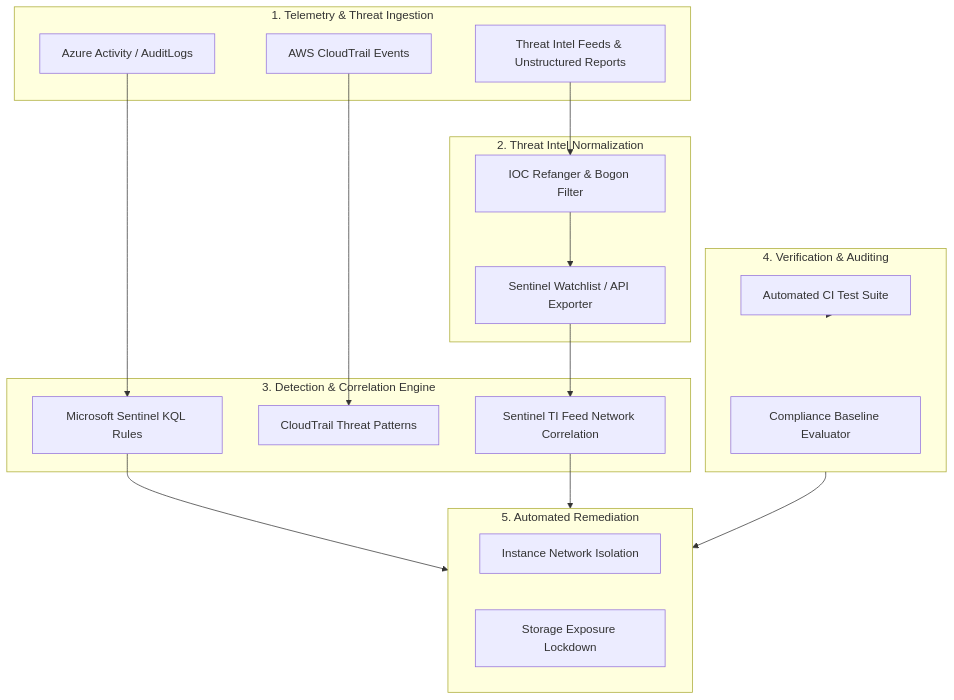
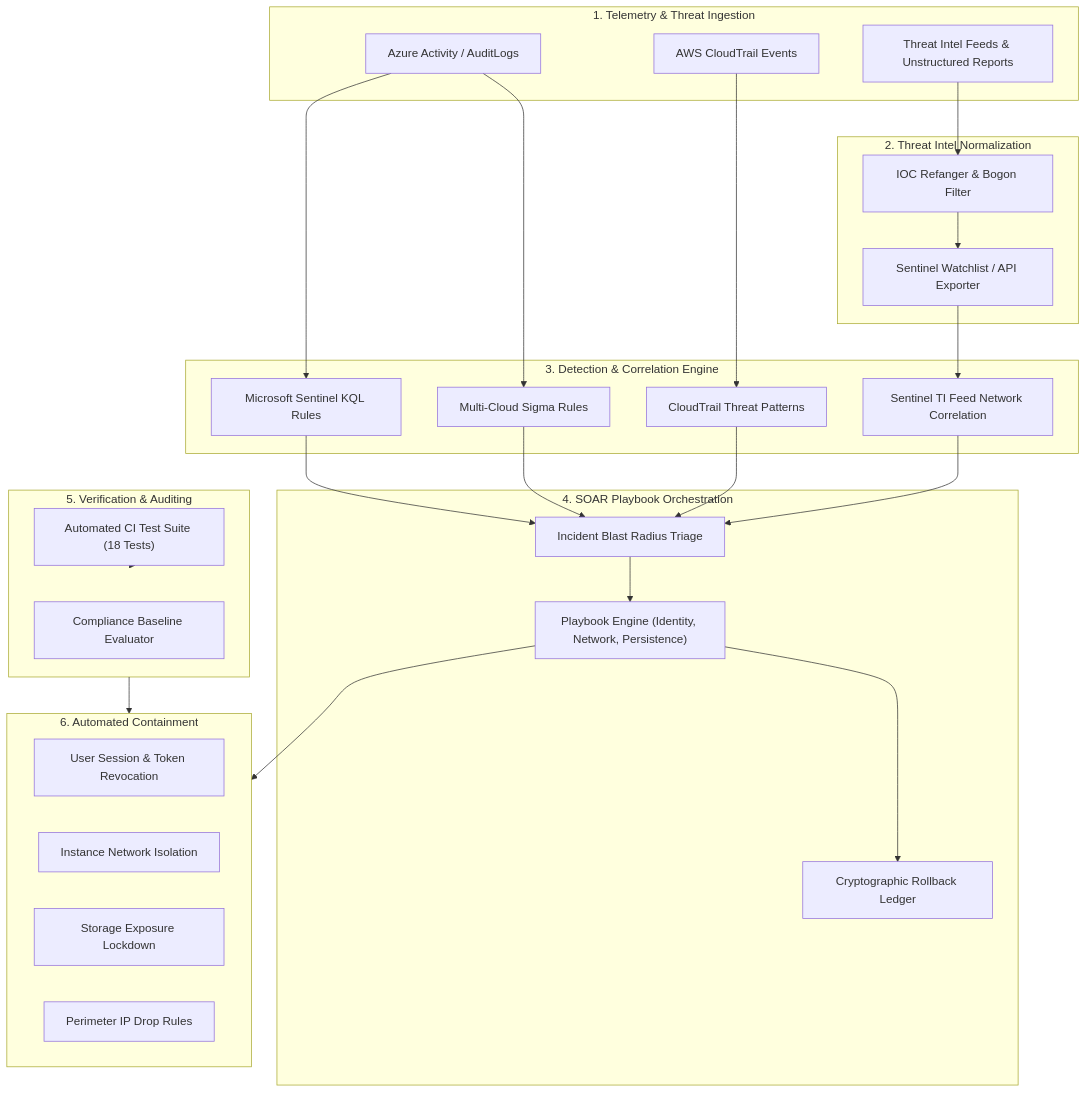
Before and after one commit to pulkitrais/cloud-security-sentinel-suite: the diagram in README.md, drawn with Mermaid. The commit also changed other lines of this file and 7 other files, not shown here.

First line of the commit message:
feat(soar): add automated incident response playbook engine, Entra ID persistence detection, and Sigma rules

````diff
--- a/README.md
+++ b/README.md
@@ -9,37 +9,51 @@
 ```mermaid
 flowchart TD
     subgraph Ingestion ["1. Telemetry & Threat Ingestion"]
         AZ_LOGS["Azure Activity / AuditLogs"]
         AWS_LOGS["AWS CloudTrail Events"]
         TI_FEEDS["Threat Intel Feeds & Unstructured Reports"]
     end
 
     subgraph Parsing ["2. Threat Intel Normalization"]
         PARSER["IOC Refanger & Bogon Filter"]
         WATCHLIST["Sentinel Watchlist / API Exporter"]
     end
 
     subgraph Detection ["3. Detection & Correlation Engine"]
         KQL["Microsoft Sentinel KQL Rules"]
+        SIGMA["Multi-Cloud Sigma Rules"]
         CT_RULES["CloudTrail Threat Patterns"]
         TI_CORR["Sentinel TI Feed Network Correlation"]
     end
 
-    subgraph Evaluation ["4. Verification & Auditing"]
-        CIS["Compliance Baseline Evaluator"]
-        TESTS["Automated CI Test Suite"]
+    subgraph SOAR ["4. SOAR Playbook Orchestration"]
+        TRIAGE["Incident Blast Radius Triage"]
+        PLAYBOOKS["Playbook Engine (Identity, Network, Persistence)"]
+        ROLLBACK["Cryptographic Rollback Ledger"]
     end
 
-    subgraph Response ["5. Automated Remediation"]
+    subgraph Evaluation ["5. Verification & Auditing"]
+        CIS["Compliance Baseline Evaluator"]
+        TESTS["Automated CI Test Suite (18 Tests)"]
+    end
+
+    subgraph Response ["6. Automated Containment"]
+        TOKEN_REVOKE["User Session & Token Revocation"]
         QUARANTINE["Instance Network Isolation"]
         STORAGE_FIX["Storage Exposure Lockdown"]
+        FIREWALL_BLOCK["Perimeter IP Drop Rules"]
     end
 
     TI_FEEDS --> PARSER --> WATCHLIST --> TI_CORR
     AZ_LOGS --> KQL
+    AZ_LOGS --> SIGMA
     AWS_LOGS --> CT_RULES
-    KQL --> Response
-    TI_CORR --> Response
+    KQL --> TRIAGE
+    SIGMA --> TRIAGE
+    CT_RULES --> TRIAGE
+    TI_CORR --> TRIAGE
+    TRIAGE --> PLAYBOOKS --> Response
+    PLAYBOOKS --> ROLLBACK
     Evaluation --> Response
     TESTS --> Evaluation
 ```
````
